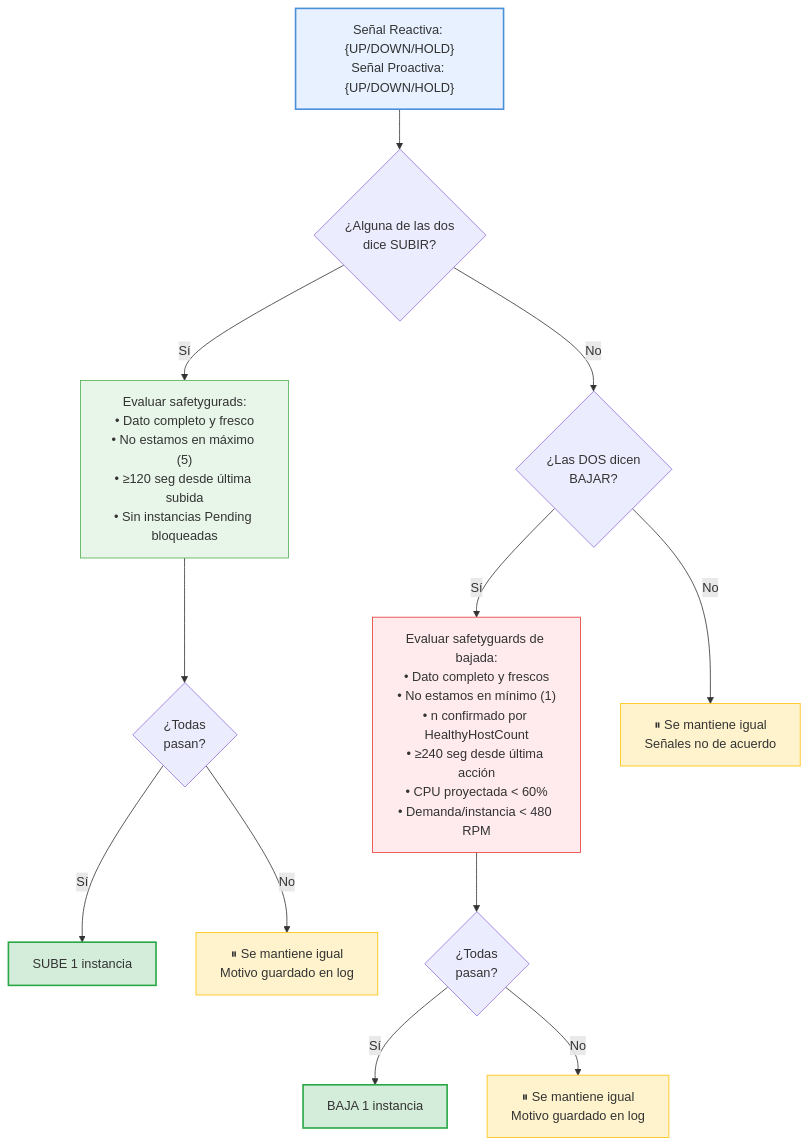
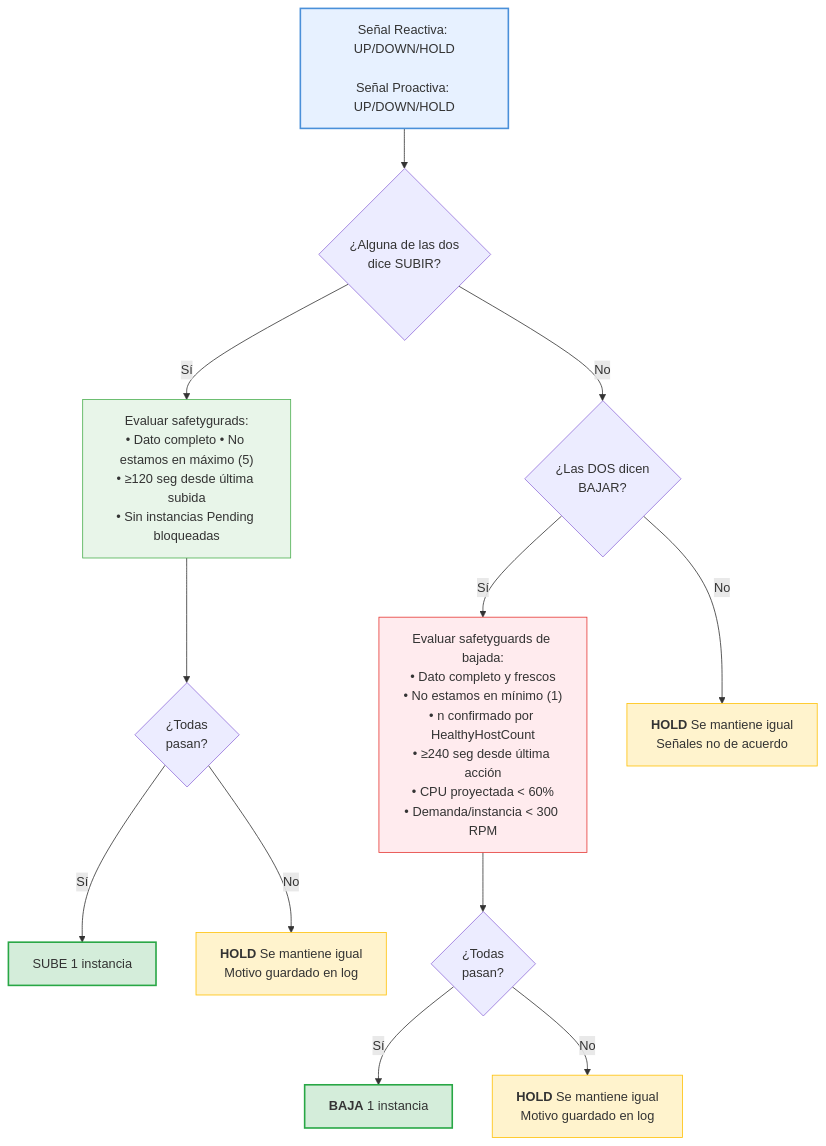
One commit to Lauraindabur/auto-scaling-controller changed the fourth of 4 diagrams in README.md. Above: the diagram before and after it, drawn with Mermaid. The commit also changed other lines of this file, not shown here.

Commit message:
Update C_RPM value and adjust related descriptions

````diff
--- a/README.md
+++ b/README.md
@@ -262,28 +255,23 @@
 ```mermaid
-flowchart TD
-    START["Señal Reactiva: {UP/DOWN/HOLD}<br/>Señal Proactiva: {UP/DOWN/HOLD}"] --> Q1{"¿Alguna de las dos<br/>dice SUBIR?"}
-    
-    Q1 -->|No| Q2{"¿Las DOS dicen<br/>BAJAR?"}
-    Q1 -->|Sí| G1["Evaluar safetygurads:<br/>• Dato completo y fresco<br/>• No estamos en máximo (5)<br/>• ≥120 seg desde última subida<br/>• Sin instancias Pending bloqueadas"]
-    
-    G1 --> G1R{"¿Todas<br/>pasan?"}
-    G1R -->|Sí| UP[" SUBE 1 instancia"]
-    G1R -->|No| WAIT1["⏸ Se mantiene igual<br/>Motivo guardado en log"]
-    
-    Q2 -->|Sí| G2["Evaluar safetyguards de bajada:<br/>• Dato completo y frescos<br/>• No estamos en mínimo (1)<br/>• n confirmado por HealthyHostCount<br/>• ≥240 seg desde última acción<br/>• CPU proyectada < 60%<br/>• Demanda/instancia < 480 RPM"]
-    
-    G2 --> G2R{"¿Todas<br/>pasan?"}
-    G2R -->|Sí| DOWN[" BAJA 1 instancia"]
-    G2R -->|No| WAIT2["⏸ Se mantiene igual<br/>Motivo guardado en log"]
-    
-    Q2 -->|No| WAIT3["⏸ Se mantiene igual<br/>Señales no de acuerdo"]
-    
+flowchart TB
+    START["Señal Reactiva: UP/DOWN/HOLD<br><br>Señal Proactiva: UP/DOWN/HOLD"] --> Q1{"¿Alguna de las dos<br>dice SUBIR?"}
+    Q1 -- No --> Q2{"¿Las DOS dicen<br>BAJAR?"}
+    Q1 -- Sí --> G1["Evaluar safetygurads:<br>• Dato completo • No estamos en máximo (5)<br>• ≥120 seg desde última subida<br>• Sin instancias Pending bloqueadas"]
+    G1 --> G1R{"¿Todas<br>pasan?"}
+    G1R -- Sí --> UP["SUBE 1 instancia"]
+    G1R -- No --> WAIT1["`**HOLD** Se mantiene igual<br>Motivo guardado en log`"]
+    Q2 -- Sí --> G2["Evaluar safetyguards de bajada:<br>• Dato completo y frescos<br>• No estamos en mínimo (1)<br>• n confirmado por HealthyHostCount<br>• ≥240 seg desde última acción<br>• CPU proyectada &lt; 60%<br>• Demanda/instancia &lt; 300 RPM"]
+    G2 --> G2R{"¿Todas<br>pasan?"}
+    G2R -- Sí --> DOWN["`**BAJA** 1 instancia`"]
+    G2R -- No --> WAIT2["`**HOLD** Se mantiene igual<br>Motivo guardado en log`"]
+    Q2 -- No --> WAIT3["`**HOLD** Se mantiene igual<br>Señales no de acuerdo`"]
+
+    style START fill:#e7f1ff,stroke:#4a90d9,stroke-width:2px
+    style G1 fill:#e8f5e9,stroke:#4caf50
     style UP fill:#d4edda,stroke:#28a745,stroke-width:2px
+    style WAIT1 fill:#fff3cd,stroke:#ffc107,stroke-width:1px
+    style G2 fill:#ffebee,stroke:#e53935
     style DOWN fill:#d4edda,stroke:#28a745,stroke-width:2px
-    style WAIT1 fill:#fff3cd,stroke:#ffc107,stroke-width:1px
     style WAIT2 fill:#fff3cd,stroke:#ffc107,stroke-width:1px
     style WAIT3 fill:#fff3cd,stroke:#ffc107,stroke-width:1px
-    style G1 fill:#e8f5e9,stroke:#4caf50
-    style G2 fill:#ffebee,stroke:#e53935
-    style START fill:#e7f1ff,stroke:#4a90d9,stroke-width:2px
 ```
````
